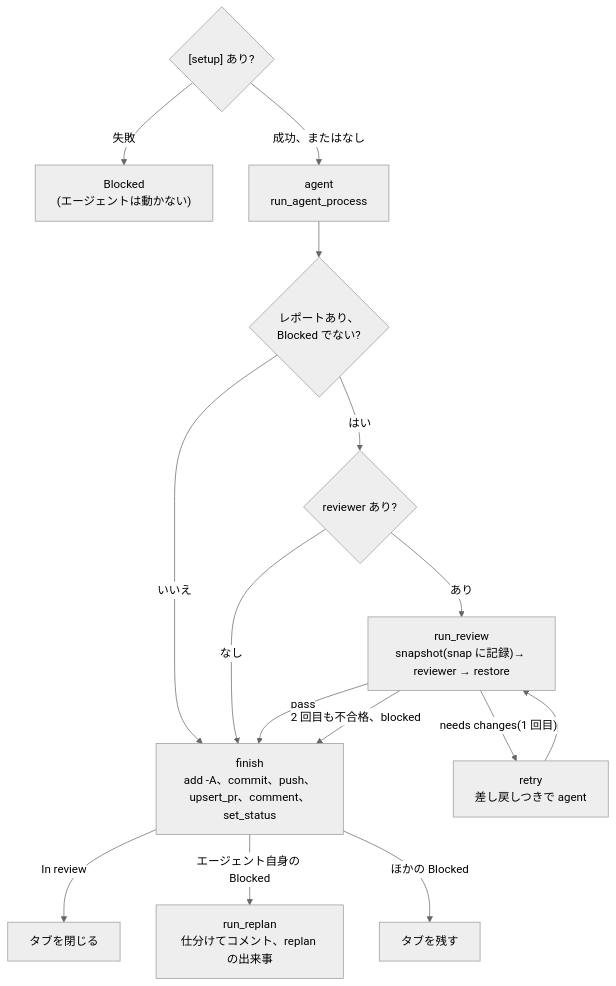
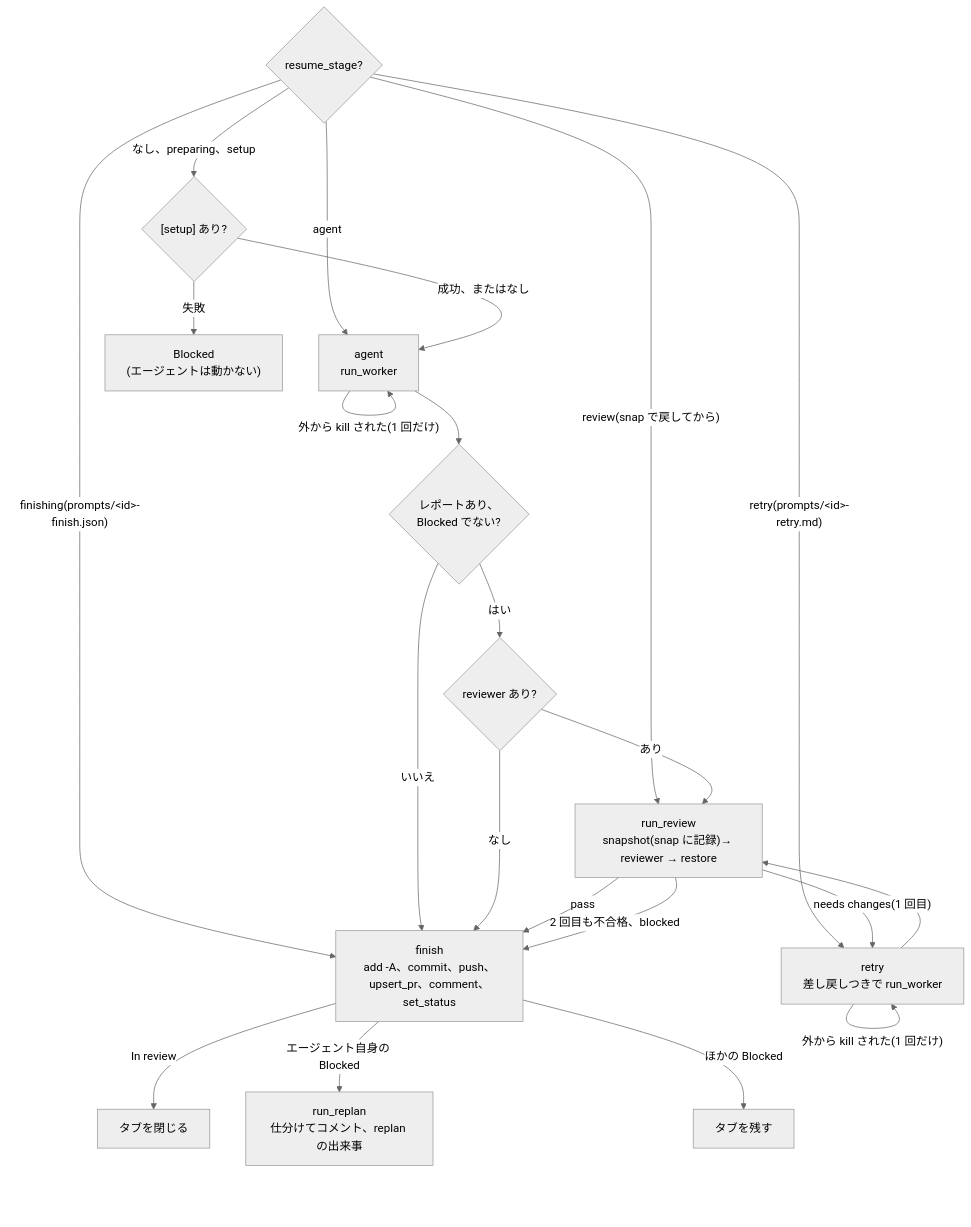
The sixth of 9 diagrams in docs/architecture/lld.md (jyoka/task-hub), drawn with Mermaid (neutral theme) before and after one commit. The commit also changed other lines of this file and 10 other files, not shown here.

````diff
--- a/docs/architecture/lld.md
+++ b/docs/architecture/lld.md
@@ -250,18 +261,25 @@
 ```mermaid
 flowchart TB
+    start{"resume_stage?"} -- "なし、preparing、setup" --> setup
+    start -- "agent" --> agent
+    start -- "review(snap で戻してから)" --> rv
+    start -- "retry(prompts/&lt;id&gt;-retry.md)" --> retry
+    start -- "finishing(prompts/&lt;id&gt;-finish.json)" --> finish
     setup{"[setup] あり?"} -- "失敗" --> blockedS["Blocked<br/>(エージェントは動かない)"]
-    setup -- "成功、またはなし" --> agent["agent<br/>run_agent_process"]
+    setup -- "成功、またはなし" --> agent["agent<br/>run_worker"]
+    agent -- "外から kill された(1 回だけ)" --> agent
     agent --> report{"レポートあり、<br/>Blocked でない?"}
     report -- "いいえ" --> finish
     report -- "はい" --> review{"reviewer あり?"}
     review -- "なし" --> finish
     review -- "あり" --> rv["run_review<br/>snapshot(snap に記録)→ reviewer → restore"]
     rv -- "pass" --> finish
-    rv -- "needs changes(1 回目)" --> retry["retry<br/>差し戻しつきで agent"]
+    rv -- "needs changes(1 回目)" --> retry["retry<br/>差し戻しつきで run_worker"]
+    retry -- "外から kill された(1 回だけ)" --> retry
     retry --> rv
     rv -- "2 回目も不合格、blocked" --> finish
     finish["finish<br/>add -A、commit、push、upsert_pr、comment、set_status"]
     finish -- "In review" --> close["タブを閉じる"]
     finish -- "エージェント自身の Blocked" --> replan["run_replan<br/>仕分けてコメント、replan の出来事"]
     finish -- "ほかの Blocked" --> stay["タブを残す"]
 ```
````
